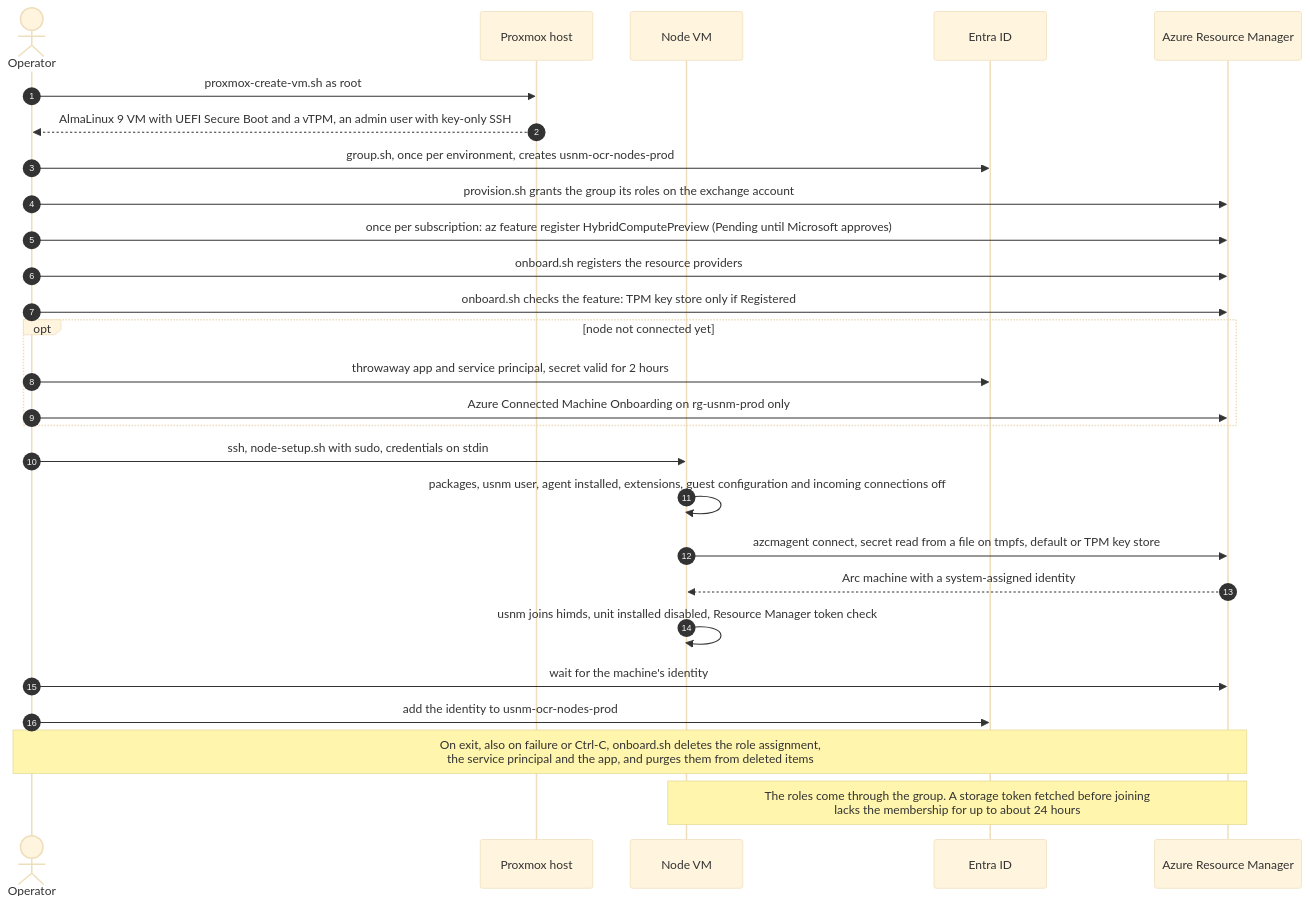
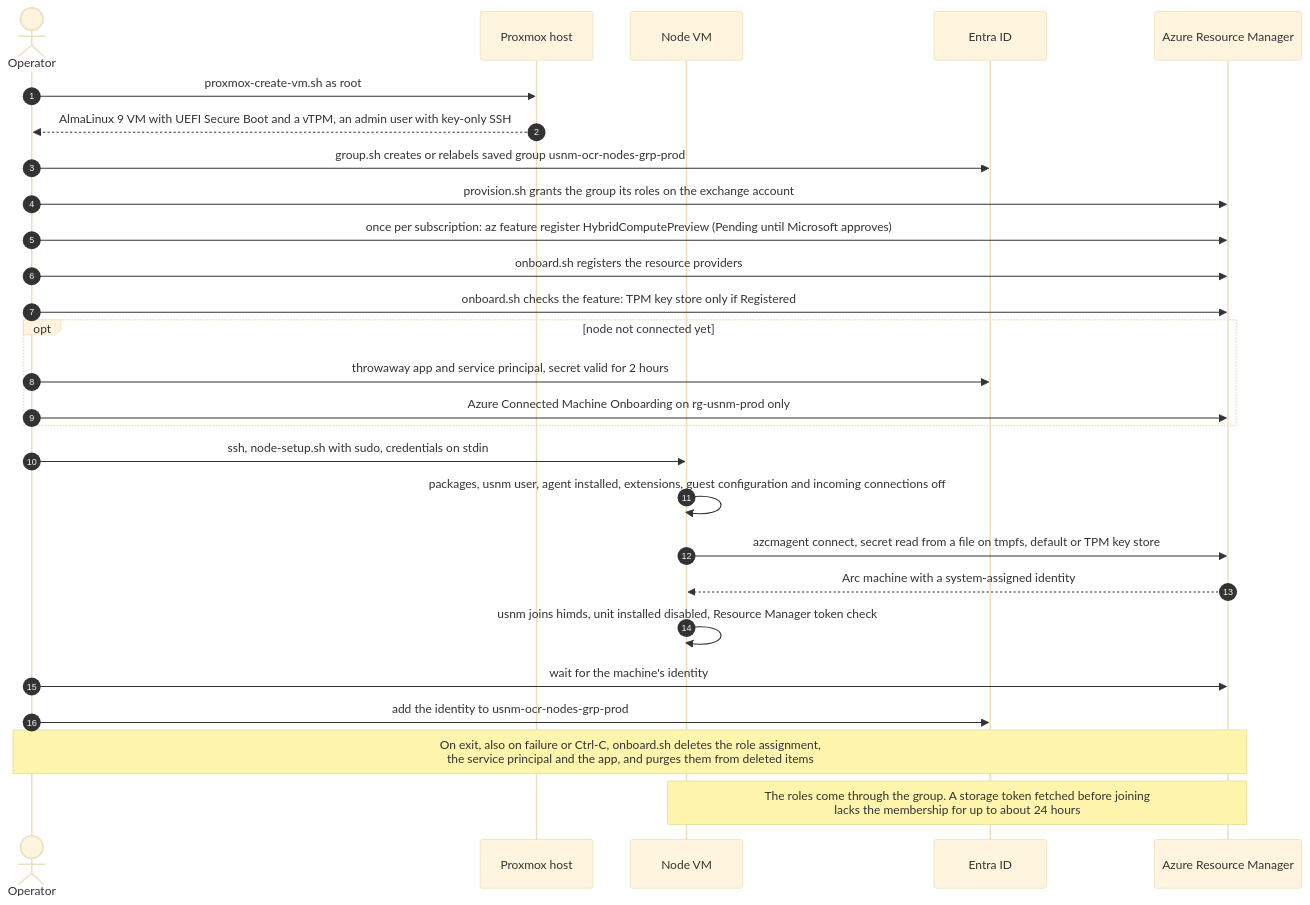
The fifth of 5 diagrams in docs/design/12-onprem-ocr-pipeline.md (tgoodyear/usnewsmap.com), drawn with Mermaid (base theme) before and after one commit. The commit also changed other lines of this file and 30 other files, not shown here.

````diff
--- a/docs/design/12-onprem-ocr-pipeline.md
+++ b/docs/design/12-onprem-ocr-pipeline.md
@@ -333,29 +344,29 @@
 ```mermaid
 sequenceDiagram
   autonumber
   actor Op as Operator
   participant PVE as Proxmox host
   participant N as Node VM
   participant Entra as Entra ID
   participant ARM as Azure Resource Manager
   Op->>PVE: proxmox-create-vm.sh as root
   PVE-->>Op: AlmaLinux 9 VM with UEFI Secure Boot and a vTPM, an admin user with key-only SSH
-  Op->>Entra: group.sh, once per environment, creates usnm-ocr-nodes-prod
+  Op->>Entra: group.sh creates or relabels saved group usnm-ocr-nodes-grp-prod
   Op->>ARM: provision.sh grants the group its roles on the exchange account
   Op->>ARM: once per subscription: az feature register HybridComputePreview (Pending until Microsoft approves)
   Op->>ARM: onboard.sh registers the resource providers
   Op->>ARM: onboard.sh checks the feature: TPM key store only if Registered
   opt node not connected yet
     Op->>Entra: throwaway app and service principal, secret valid for 2 hours
     Op->>ARM: Azure Connected Machine Onboarding on rg-usnm-prod only
   end
   Op->>N: ssh, node-setup.sh with sudo, credentials on stdin
   N->>N: packages, usnm user, agent installed, extensions, guest configuration and incoming connections off
   N->>ARM: azcmagent connect, secret read from a file on tmpfs, default or TPM key store
   ARM-->>N: Arc machine with a system-assigned identity
   N->>N: usnm joins himds, unit installed disabled, Resource Manager token check
   Op->>ARM: wait for the machine's identity
-  Op->>Entra: add the identity to usnm-ocr-nodes-prod
+  Op->>Entra: add the identity to usnm-ocr-nodes-grp-prod
   Note over Op,ARM: On exit, also on failure or Ctrl-C, onboard.sh deletes the role assignment,<br/>the service principal and the app, and purges them from deleted items
   Note over N,ARM: The roles come through the group. A storage token fetched before joining<br/>lacks the membership for up to about 24 hours
 ```
````
